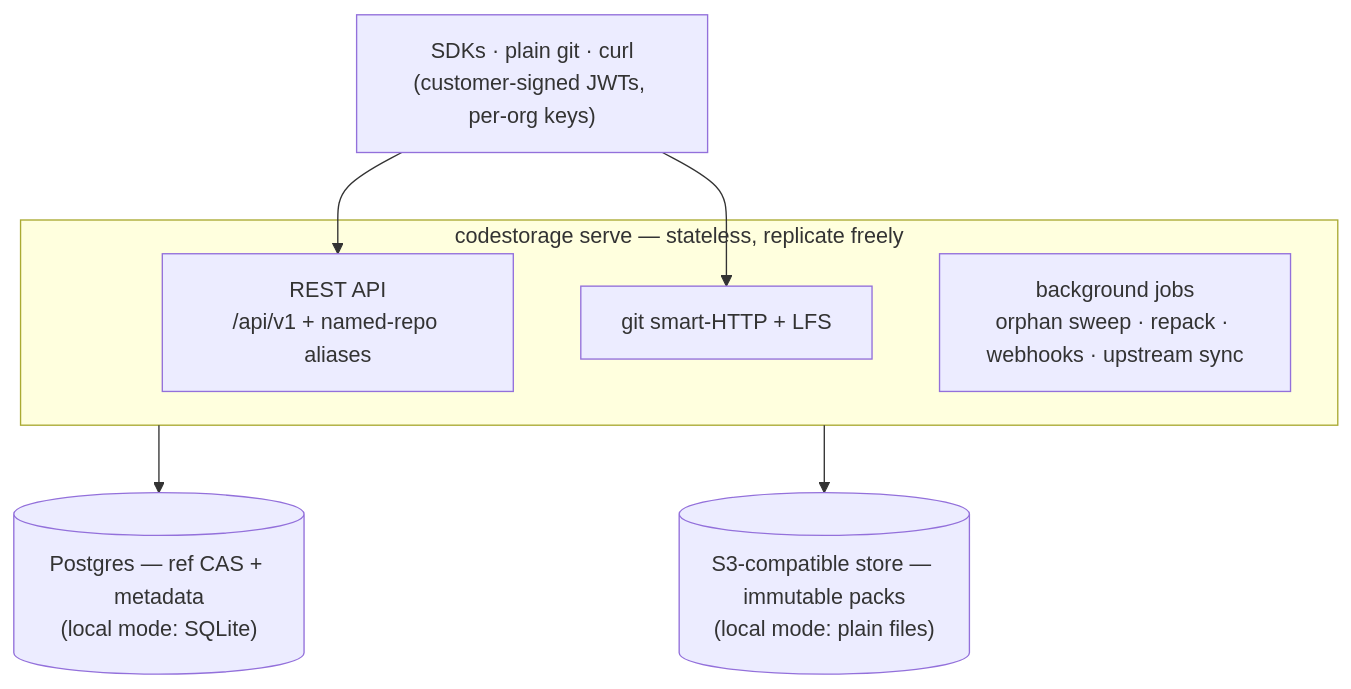
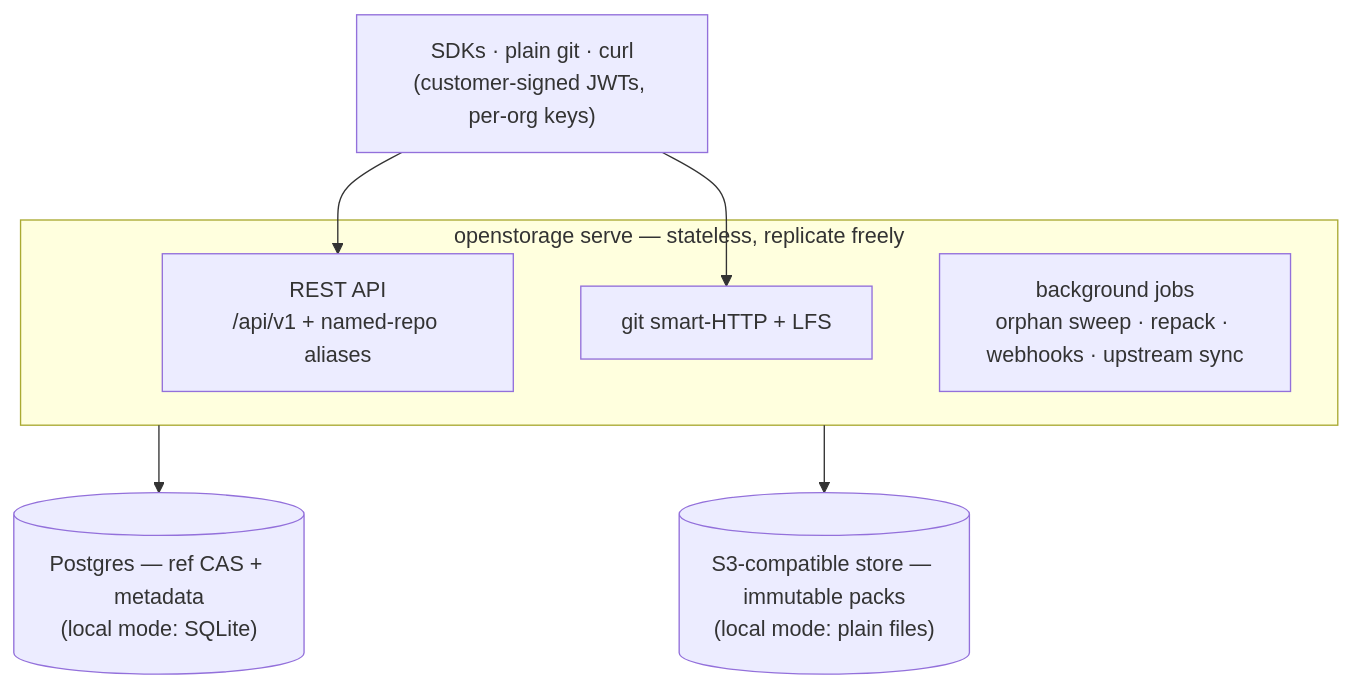
The diagram in README.md (coder/openstorage), drawn with Mermaid before and after one commit. The commit also changed other lines of this file and 45 other files, not shown here.

````diff
--- a/README.md
+++ b/README.md
@@ -14,18 +14,18 @@
 ```mermaid
 flowchart TB
     clients["SDKs · plain git · curl<br/>(customer-signed JWTs, per-org keys)"]
 
-    subgraph node["codestorage serve — stateless, replicate freely"]
+    subgraph node["openstorage serve — stateless, replicate freely"]
         api["REST API<br/>/api/v1 + named-repo aliases"]
         git["git smart-HTTP + LFS"]
         jobs["background jobs<br/>orphan sweep · repack · webhooks · upstream sync"]
     end
 
     refs[("Postgres — ref CAS + metadata<br/>(local mode: SQLite)")]
     packs[("S3-compatible store — immutable packs<br/>(local mode: plain files)")]
 
     clients --> api
     clients --> git
     node --> refs
     node --> packs
 ```
````
